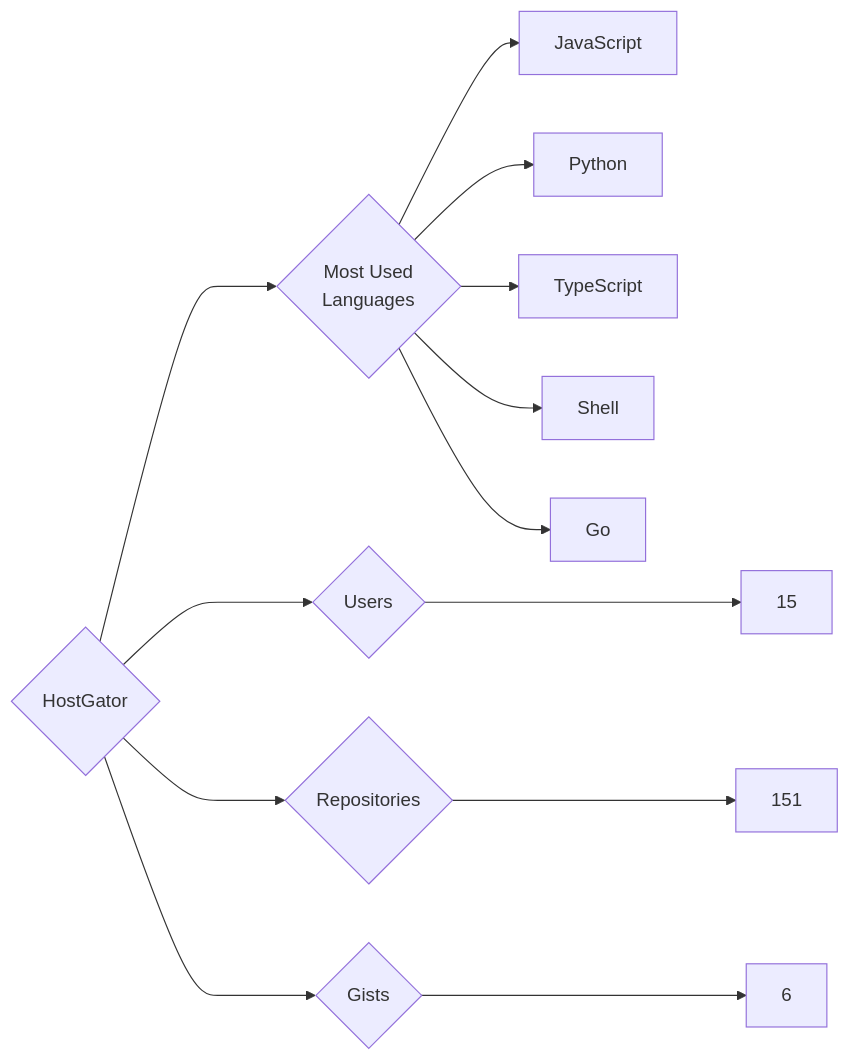
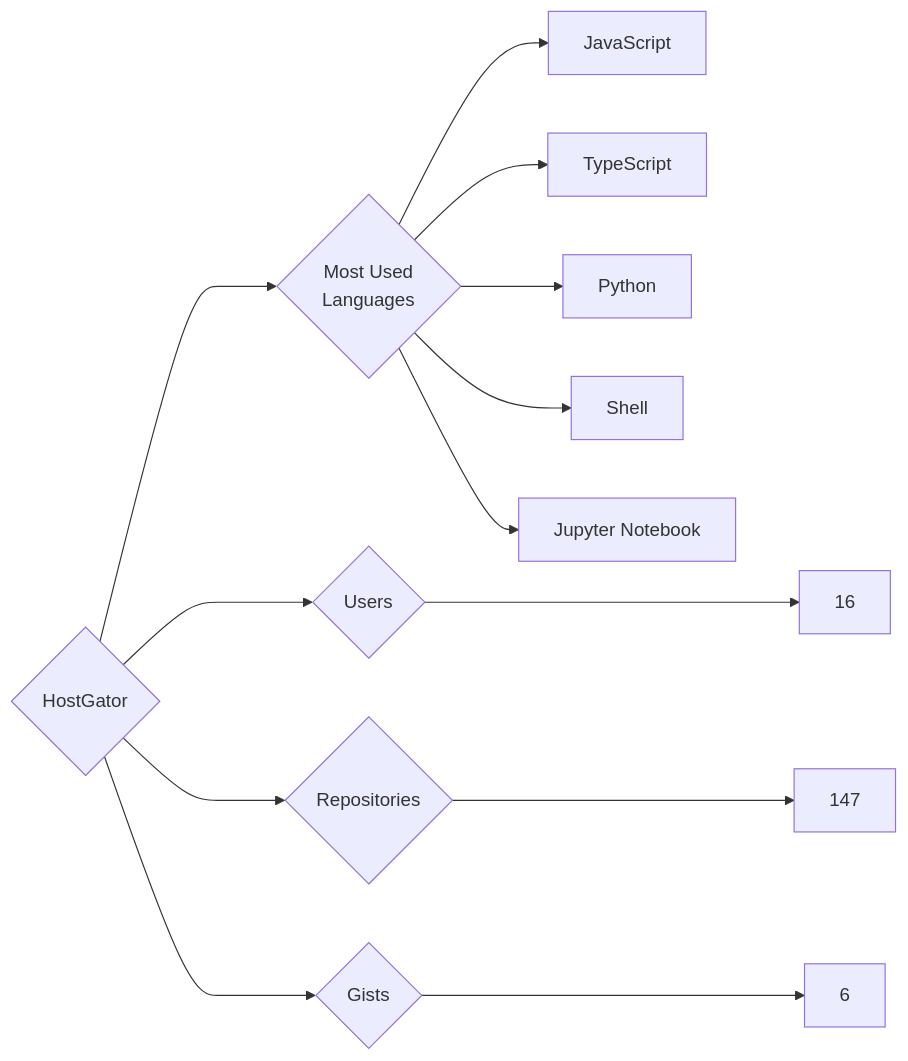
The diagram in targets/HostGator/README.md (trickest/insiders), drawn with Mermaid before and after one commit. The commit also changed 965 other files, not shown here.

````diff
--- a/targets/HostGator/README.md
+++ b/targets/HostGator/README.md
@@ -3,13 +3,13 @@
 ```mermaid
 graph LR
 COMPANY_NAME{HostGator}
-COMPANY_NAME ---> U{Users} ---> UN[15]
-COMPANY_NAME ---> R{Repositories} ---> RN[151]
+COMPANY_NAME ---> U{Users} ---> UN[16]
+COMPANY_NAME ---> R{Repositories} ---> RN[147]
 COMPANY_NAME ---> G{Gists} ---> GN[6]
 COMPANY_NAME ---> ML{Most Used<br>Languages}
 ML --> JavaScript[JavaScript]
+ML --> TypeScript[TypeScript]
 ML --> Python[Python]
-ML --> TypeScript[TypeScript]
 ML --> Shell[Shell]
-ML --> Go[Go]
+ML --> Jupyter_Notebook[Jupyter Notebook]
 ```
````
